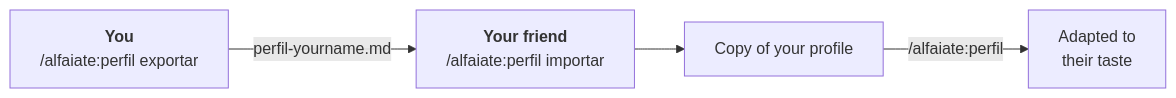
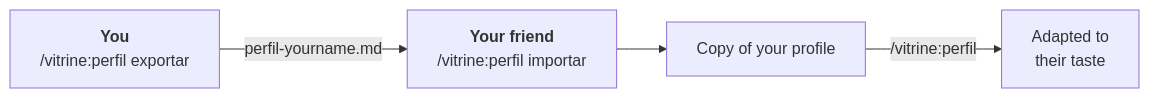
One commit to zjeanero/vitrine-skill changed the diagram in README.en.md. Above: the diagram before and after it, drawn with Mermaid. The commit also changed other lines of this file and 29 other files, not shown here.

````diff
--- a/README.en.md
+++ b/README.en.md
@@ -103,6 +103,6 @@
 ```mermaid
 flowchart LR
-    A["<b>You</b><br/>/alfaiate:perfil exportar"] -- "perfil-yourname.md" --> B["<b>Your friend</b><br/>/alfaiate:perfil importar"]
+    A["<b>You</b><br/>/vitrine:perfil exportar"] -- "perfil-yourname.md" --> B["<b>Your friend</b><br/>/vitrine:perfil importar"]
     B --> C["Copy of your profile"]
-    C -- "/alfaiate:perfil" --> D["Adapted to<br/>their taste"]
+    C -- "/vitrine:perfil" --> D["Adapted to<br/>their taste"]
 ```
````
